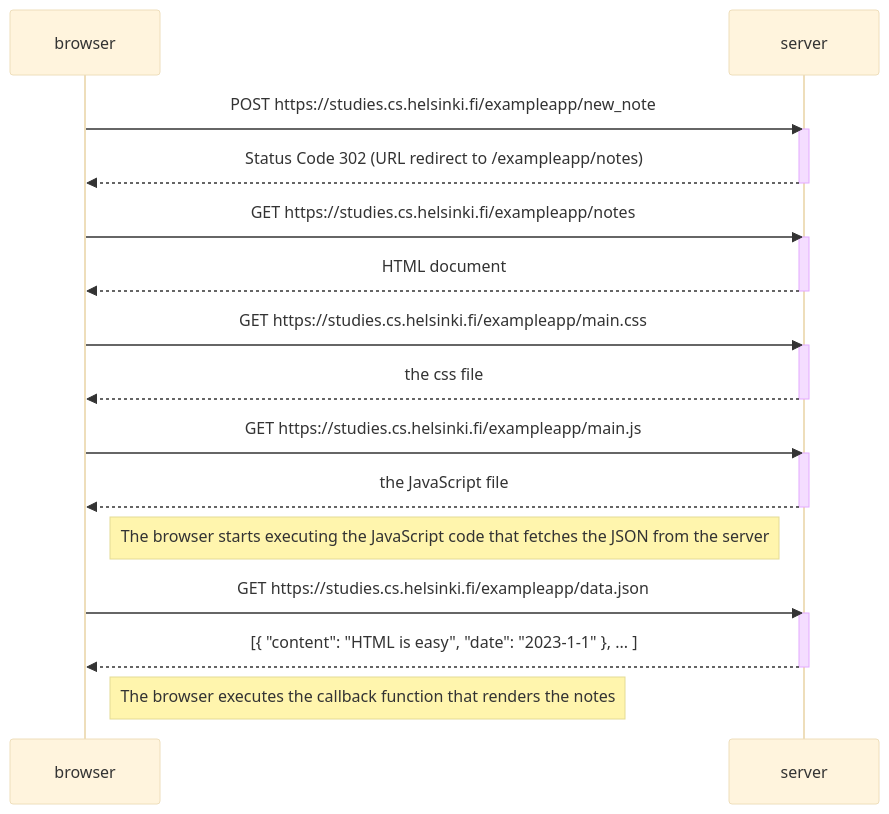
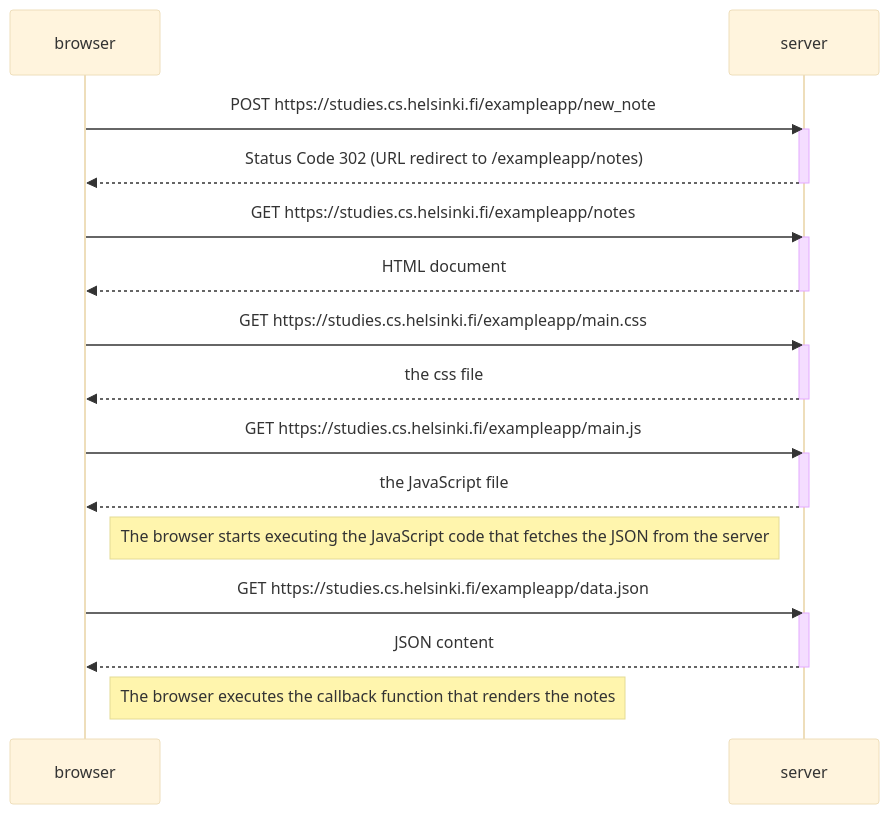
Before and after one commit to scottoli/fullstack: the diagram in part0/0.4.md, drawn with Mermaid (base theme).

````diff
--- a/part0/0.4.md
+++ b/part0/0.4.md
@@ -1,34 +1,34 @@
 ```mermaid
 sequenceDiagram
     participant browser
     participant server
 
     browser->>server: POST https://studies.cs.helsinki.fi/exampleapp/new_note
     activate server
     server-->>browser: Status Code 302 (URL redirect to /exampleapp/notes)
     deactivate server
 
     browser->>server: GET https://studies.cs.helsinki.fi/exampleapp/notes
     activate server
     server-->>browser: HTML document
     deactivate server
 
     browser->>server: GET https://studies.cs.helsinki.fi/exampleapp/main.css
     activate server
     server-->>browser: the css file
     deactivate server
 
     browser->>server: GET https://studies.cs.helsinki.fi/exampleapp/main.js
     activate server
     server-->>browser: the JavaScript file
     deactivate server
 
     Note right of browser: The browser starts executing the JavaScript code that fetches the JSON from the server
 
     browser->>server: GET https://studies.cs.helsinki.fi/exampleapp/data.json
     activate server
-    server-->>browser: [{ "content": "HTML is easy", "date": "2023-1-1" }, ... ]
+    server-->>browser: JSON content
     deactivate server
 
     Note right of browser: The browser executes the callback function that renders the notes
 ```
````
